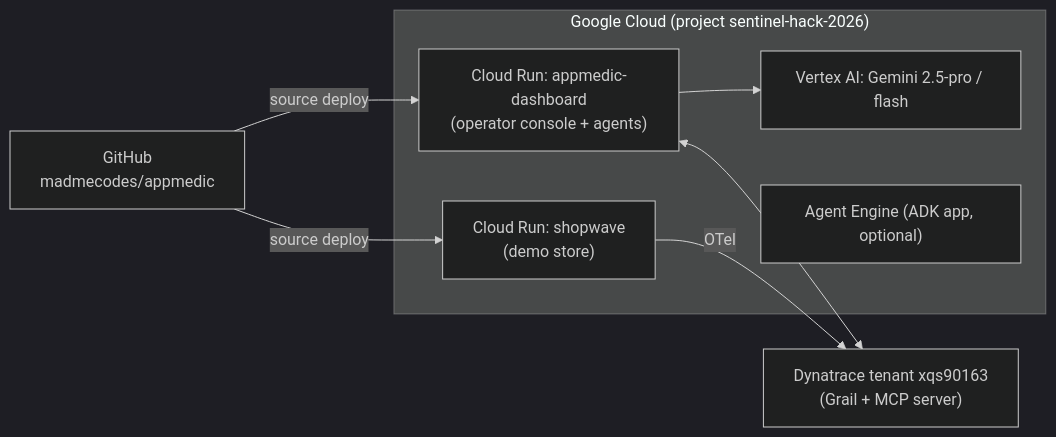
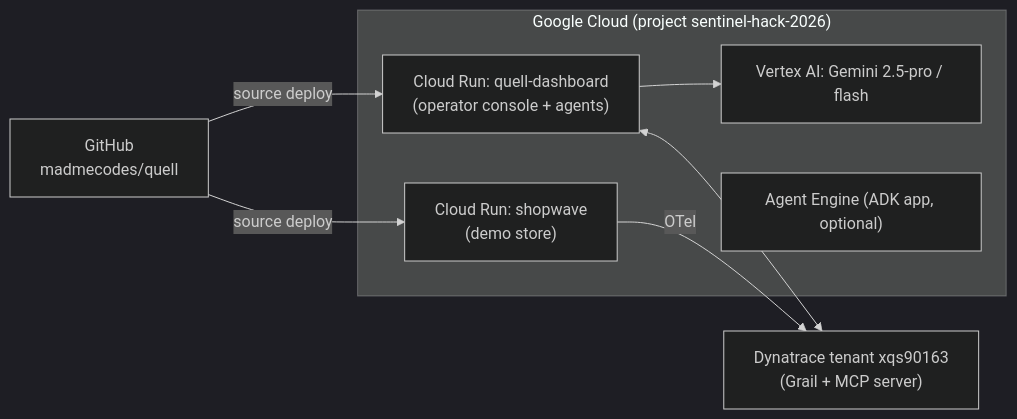
One commit to madmecodes/quell changed the seventh of 7 diagrams in ARCHITECTURE.md. Above: the diagram before and after it, drawn with Mermaid (dark theme). The commit also changed other lines of this file and 39 other files, not shown here.

````diff
--- a/ARCHITECTURE.md
+++ b/ARCHITECTURE.md
@@ -171,17 +171,17 @@
 ```mermaid
 flowchart LR
-  GH["GitHub\nmadmecodes/appmedic"]
+  GH["GitHub\nmadmecodes/quell"]
   subgraph GCP["Google Cloud (project sentinel-hack-2026)"]
-    CR1["Cloud Run: appmedic-dashboard\n(operator console + agents)"]
+    CR1["Cloud Run: quell-dashboard\n(operator console + agents)"]
     CR2["Cloud Run: shopwave\n(demo store)"]
     VAI["Vertex AI: Gemini 2.5-pro / flash"]
     AE["Agent Engine (ADK app, optional)"]
   end
   DTN["Dynatrace tenant xqs90163\n(Grail + MCP server)"]
 
   GH -->|source deploy| CR1
   GH -->|source deploy| CR2
   CR1 --> VAI
   CR1 <--> DTN
   CR2 -->|OTel| DTN
 ```
````
